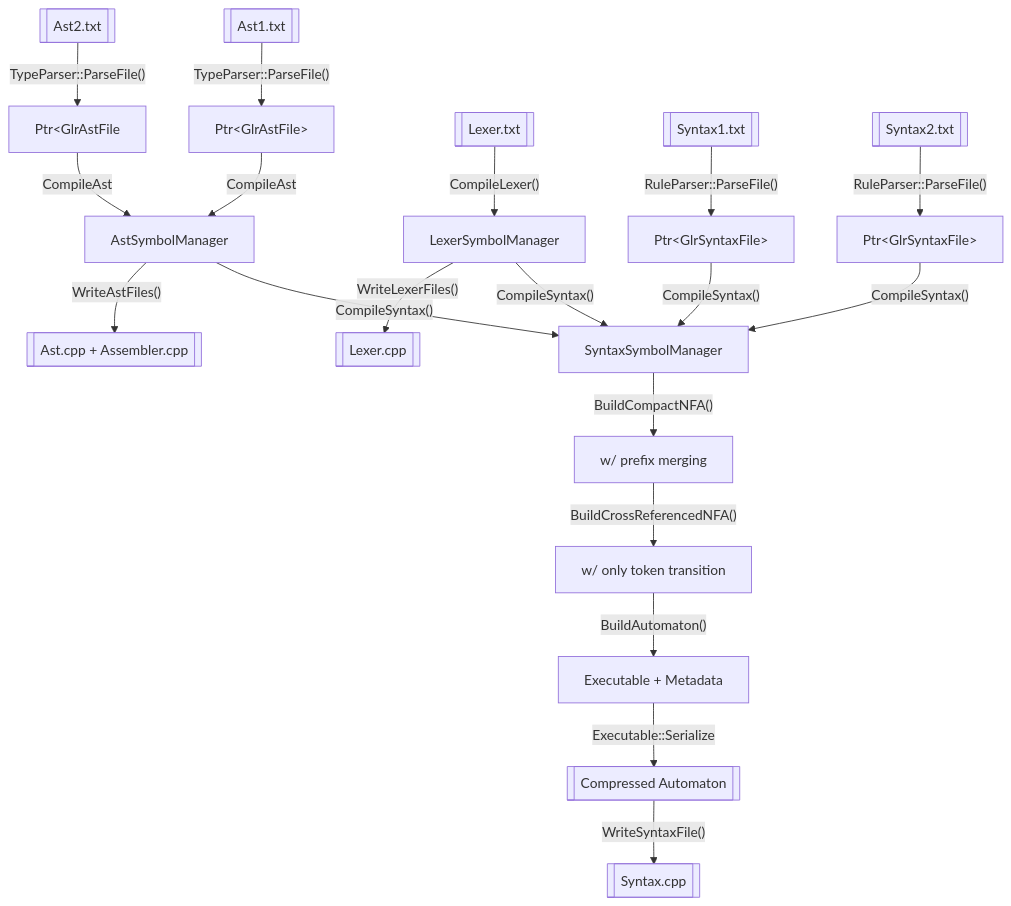
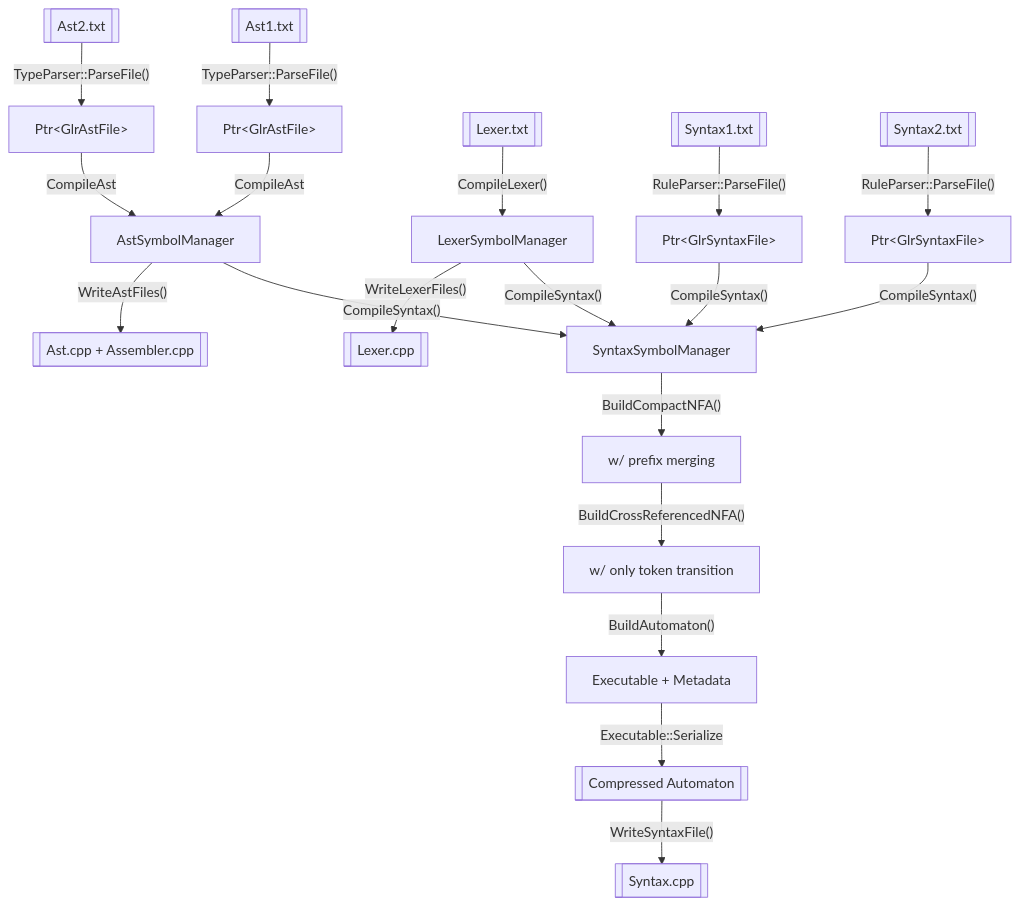
One commit to vczh-websites/vczh changed diagram 28 of 29 in Blog/GLR-Refactoring/Mermaid.md. Above: the diagram before and after it, drawn with Mermaid. The commit also changed 3 other files, not shown here.

````diff
--- a/Blog/GLR-Refactoring/Mermaid.md
+++ b/Blog/GLR-Refactoring/Mermaid.md
@@ -651,21 +651,21 @@
 ```mermaid
 graph TD
   AST_FILE_1[[Ast1.txt]] -- TypeParser::ParseFile() --> AST_1[Ptr#lt;GlrAstFile#gt;]
-  AST_FILE_2[[Ast2.txt]] -- TypeParser::ParseFile() --> AST_2[Ptr#lt;GlrAstFile]
+  AST_FILE_2[[Ast2.txt]] -- TypeParser::ParseFile() --> AST_2[Ptr#lt;GlrAstFile#gt;]
   AST_1 & AST_2 -- CompileAst --> AST_MGR[AstSymbolManager]
 
   LEXER_FILE[[Lexer.txt]] -- CompileLexer() --> LEXER_MGR[LexerSymbolManager]
   
   SYNTAX_FILE_1[[Syntax1.txt]] -- RuleParser::ParseFile() --> SYNTAX_1[Ptr#lt;GlrSyntaxFile#gt;]
   SYNTAX_FILE_2[[Syntax2.txt]] -- RuleParser::ParseFile() --> SYNTAX_2[Ptr#lt;GlrSyntaxFile#gt;]
   AST_MGR & LEXER_MGR & SYNTAX_1 & SYNTAX_2 -- CompileSyntax() --> AST_MGR_1[SyntaxSymbolManager]
 
   AST_MGR_1 -- BuildCompactNFA() --> AST_MGR_2[w/ prefix merging]
   AST_MGR_2 -- BuildCrossReferencedNFA() --> AST_MGR_3[w/ only token transition ]
   AST_MGR_3 -- BuildAutomaton() --> AUTOMATON[Executable + Metadata]
 
   AUTOMATON -- Executable::Serialize --> BINARY[[Compressed Automaton]]
   AST_MGR -- WriteAstFiles() --> AST_GEN_FILE[["Ast.cpp + Assembler.cpp"]]
   LEXER_MGR -- WriteLexerFiles() --> LEXER_GEN_FILE[["Lexer.cpp"]]
   BINARY -- WriteSyntaxFile() --> SYNTAX_GEN_FILE[["Syntax.cpp"]]
 ```
````
